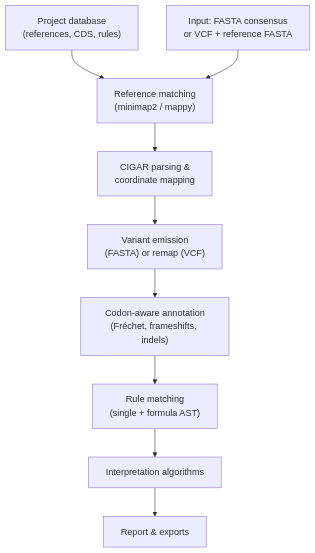
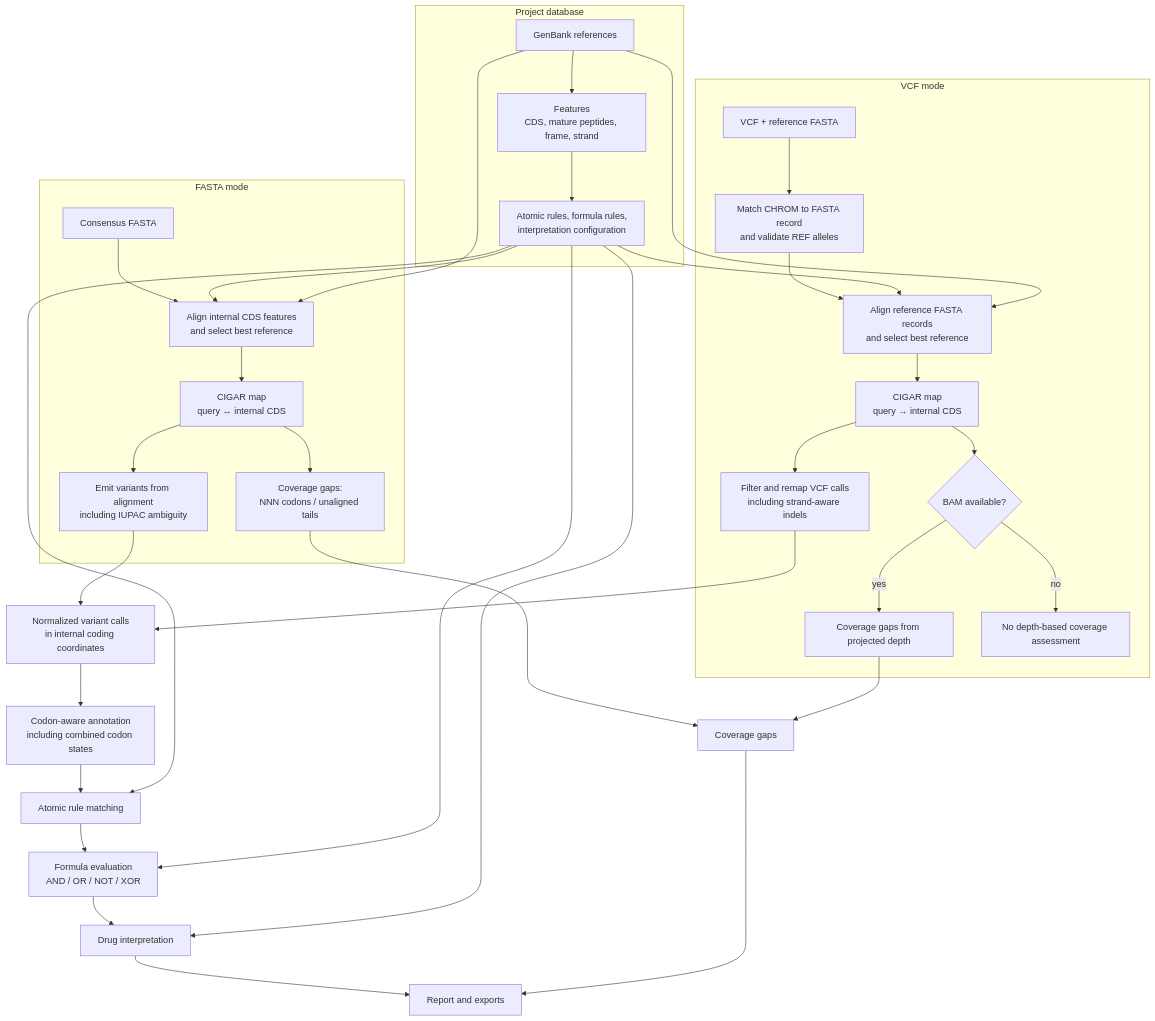
One commit to the-foxlab/ResistanceProfiler changed the diagram in docs/docs/technical-reference.md. Above: the diagram before and after it, drawn with Mermaid.

Commit message:
extended mermaid wf

````diff
--- a/docs/docs/technical-reference.md
+++ b/docs/docs/technical-reference.md
@@ -23,21 +23,57 @@
 ```mermaid
 flowchart TD
-    DB["Project database<br/>(references, CDS, rules)"]
-    IN["Input: FASTA consensus<br/>or VCF + reference FASTA"]
-    ALIGN["Reference matching<br/>(minimap2 / mappy)"]
-    CIGAR["CIGAR parsing &<br/>coordinate mapping"]
-    EMIT["Variant emission<br/>(FASTA) or remap (VCF)"]
-    ANN["Codon-aware annotation<br/>(Fréchet, frameshifts, indels)"]
-    RULES["Rule matching<br/>(single + formula AST)"]
-    ALGO["Interpretation algorithms"]
-    REPORT["Report & exports"]
+  subgraph PROJECT["Project database"]
+    GB["GenBank references"]
+    FEAT["Features<br/>CDS, mature peptides, frame, strand"]
+    CURATED["Atomic rules, formula rules,<br/>interpretation configuration"]
+    GB --> FEAT
+    FEAT --> CURATED
+  end
 
-    DB --> ALIGN
-    IN --> ALIGN
-    ALIGN --> CIGAR
-    CIGAR --> EMIT
-    EMIT --> ANN
-    ANN --> RULES
-    RULES --> ALGO
-    ALGO --> REPORT
+  subgraph FASTA["FASTA mode"]
+    F_IN["Consensus FASTA"]
+    F_ALIGN["Align internal CDS features<br/>and select best reference"]
+    F_MAP["CIGAR map<br/>query ↔ internal CDS"]
+    F_VAR["Emit variants from alignment<br/>including IUPAC ambiguity"]
+    F_COV["Coverage gaps:<br/>NNN codons / unaligned tails"]
+    F_IN --> F_ALIGN --> F_MAP --> F_VAR
+    F_MAP --> F_COV
+  end
+
+  subgraph VCF["VCF mode"]
+    V_IN["VCF + reference FASTA"]
+    V_CHECK["Match CHROM to FASTA record<br/>and validate REF alleles"]
+    V_ALIGN["Align reference FASTA records<br/>and select best reference"]
+    V_MAP["CIGAR map<br/>query → internal CDS"]
+    V_VAR["Filter and remap VCF calls<br/>including strand-aware indels"]
+    V_BAM{"BAM available?"}
+    V_COV["Coverage gaps from projected depth"]
+    V_NO_COV["No depth-based coverage assessment"]
+    V_IN --> V_CHECK --> V_ALIGN --> V_MAP --> V_VAR
+    V_MAP --> V_BAM
+    V_BAM -->|yes| V_COV
+    V_BAM -->|no| V_NO_COV
+  end
+
+  SHARED["Normalized variant calls<br/>in internal coding coordinates"]
+  COV["Coverage gaps"]
+  ANN["Codon-aware annotation<br/>including combined codon states"]
+  SINGLE["Atomic rule matching"]
+  FORMULA["Formula evaluation<br/>AND / OR / NOT / XOR"]
+  ALGO["Drug interpretation"]
+  REPORT["Report and exports"]
+
+  CURATED --> F_ALIGN
+  CURATED --> V_ALIGN
+  GB --> F_ALIGN
+  GB --> V_ALIGN
+  F_VAR --> SHARED
+  V_VAR --> SHARED
+  F_COV --> COV
+  V_COV --> COV
+  SHARED --> ANN --> SINGLE --> FORMULA --> ALGO --> REPORT
+  COV --> REPORT
+  CURATED --> SINGLE
+  CURATED --> FORMULA
+  CURATED --> ALGO
 ```
````
